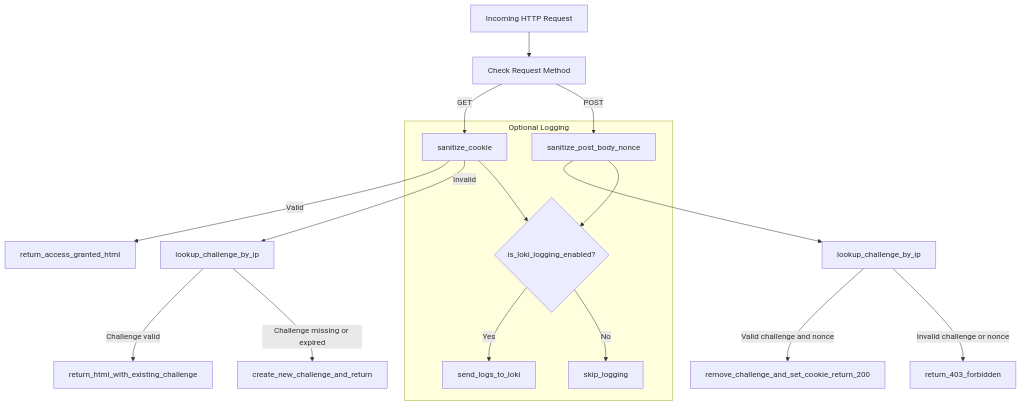
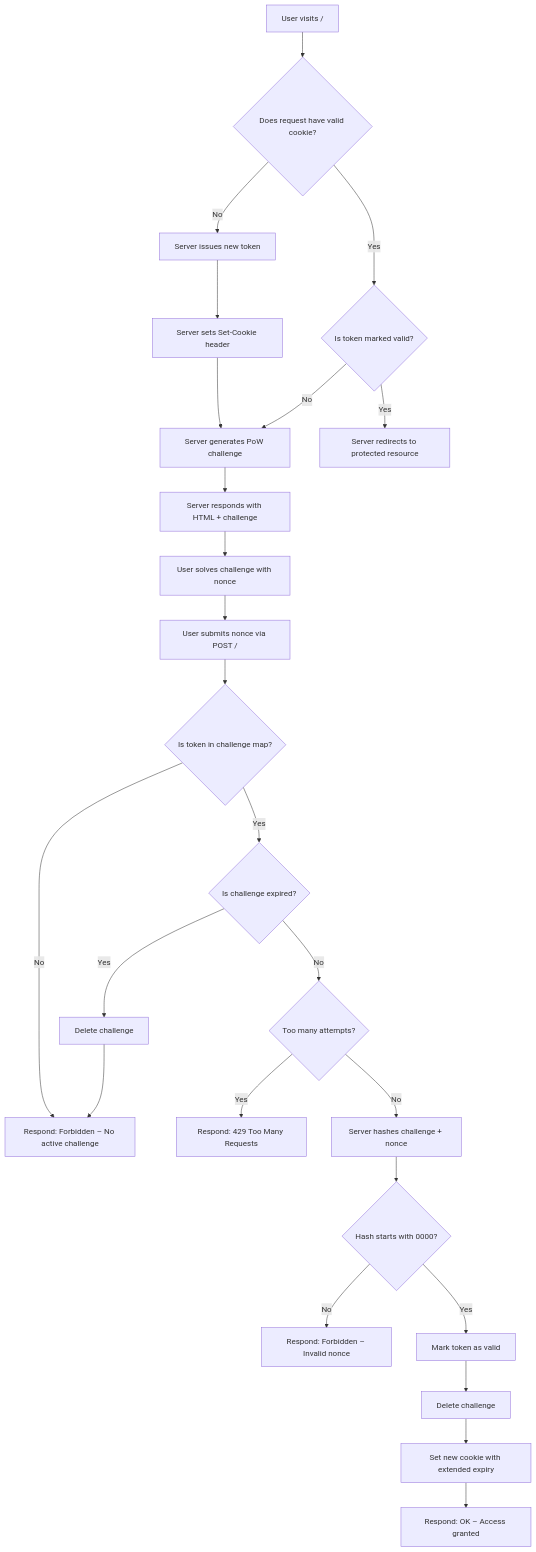
The second of 2 diagrams in README.md (KrzysztofMarciniak/mpow), drawn with Mermaid before and after one commit. The commit also changed other lines of this file and 1 other file, not shown here.

````diff
--- a/README.md
+++ b/README.md
@@ -42,22 +28,36 @@
 ```mermaid
 graph TD
-  A[Incoming HTTP Request] --> B[Check Request Method]
-  
-  B -->|GET| C[sanitize_cookie]
-  C -->|Valid| D[return_access_granted_html]
-  C -->|Invalid| E[lookup_challenge_by_ip]
-  E -->|Challenge valid| F[return_html_with_existing_challenge]
-  E -->|Challenge missing or expired| G[create_new_challenge_and_return]
-  
-  B -->|POST| H[sanitize_post_body_nonce]
-  H --> I[lookup_challenge_by_ip]
-  I -->|Valid challenge and nonce| J[remove_challenge_and_set_cookie_return_200]
-  I -->|Invalid challenge or nonce| K[return_403_forbidden]
-  
-  subgraph Optional Logging
-    C --> L{is_loki_logging_enabled?}
-    H --> L
-    L -->|Yes| M[send_logs_to_loki]
-    L -->|No| N[skip_logging]
-  end
+    A[User visits /] --> B{Does request have valid cookie?}
+
+    B -- No --> C[Server issues new token]
+    C --> D[Server sets Set-Cookie header]
+    D --> E[Server generates PoW challenge]
+    E --> F[Server responds with HTML + challenge]
+
+    B -- Yes --> G{Is token marked valid?}
+    G -- No --> E
+    G -- Yes --> H[Server redirects to protected resource]
+
+    F --> I[User solves challenge with nonce]
+    I --> J[User submits nonce via POST /]
+
+    J --> K{Is token in challenge map?}
+    K -- No --> L[Respond: Forbidden – No active challenge]
+
+    K -- Yes --> M{Is challenge expired?}
+    M -- Yes --> N[Delete challenge] --> L
+
+    M -- No --> O{Too many attempts?}
+    O -- Yes --> P[Respond: 429 Too Many Requests]
+
+    O -- No --> Q[Server hashes challenge + nonce]
+    Q --> R{Hash starts with 0000?}
+
+    R -- No --> S[Respond: Forbidden – Invalid nonce]
+
+    R -- Yes --> T[Mark token as valid]
+    T --> U[Delete challenge]
+    U --> V[Set new cookie with extended expiry]
+    V --> W[Respond: OK – Access granted]
+
 ```
````
